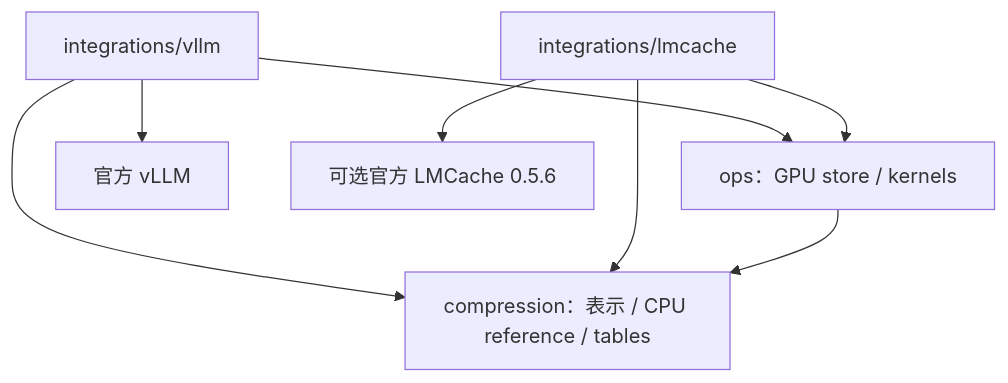
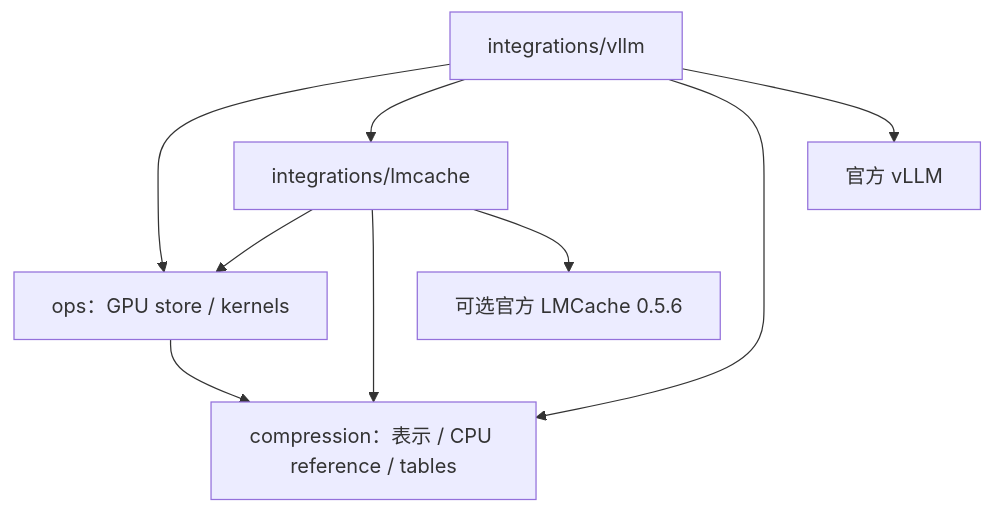
The third of 3 diagrams in docs/design/architecture.md (7774596/Fragpack), drawn with Mermaid before and after one commit. The commit also changed other lines of this file and 18 other files, not shown here.

First line of the commit message:
docs(codec): update native cache architecture and validation

````diff
--- a/docs/design/architecture.md
+++ b/docs/design/architecture.md
@@ -65,10 +142,11 @@
 ```mermaid
 graph TD
     V["integrations/vllm"] --> O["ops：GPU store / kernels"]
     L["integrations/lmcache"] --> O
+    V --> L
     V --> C["compression：表示 / CPU reference / tables"]
     L --> C
     O --> C
     V --> VE["官方 vLLM"]
     L --> LE["可选官方 LMCache 0.5.6"]
 ```
````
